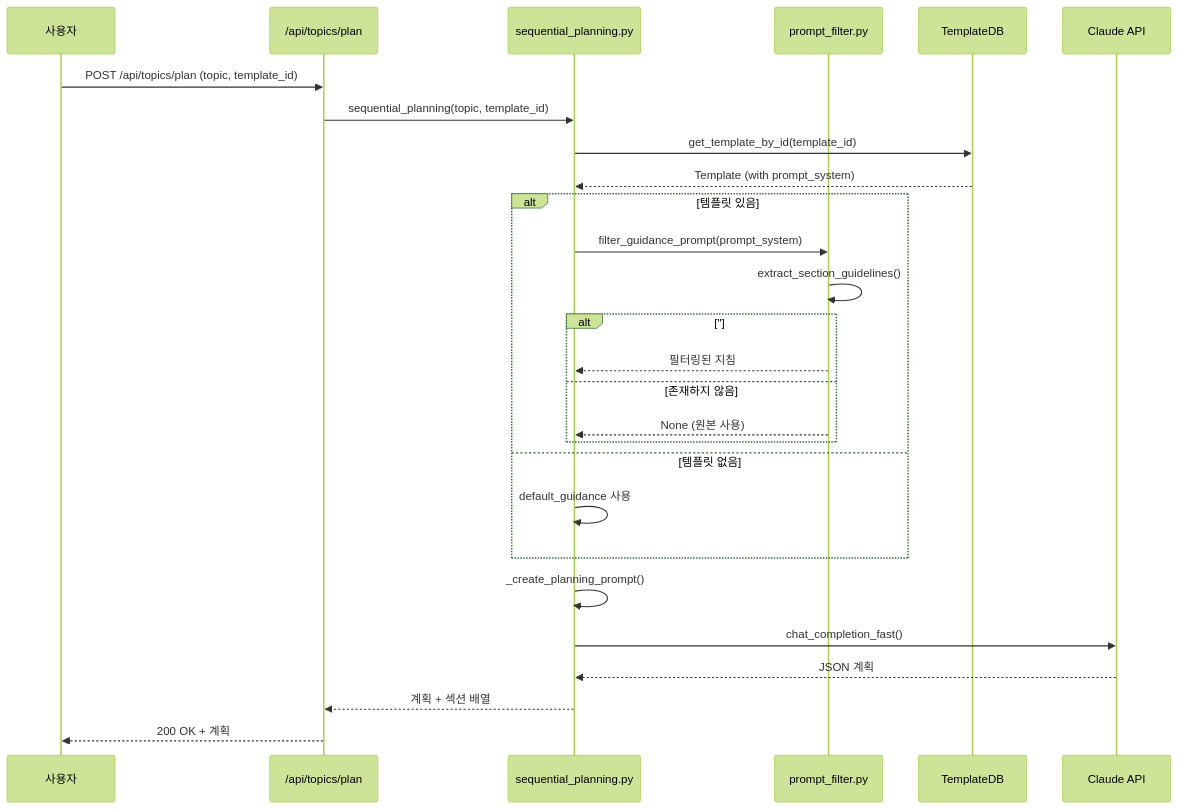
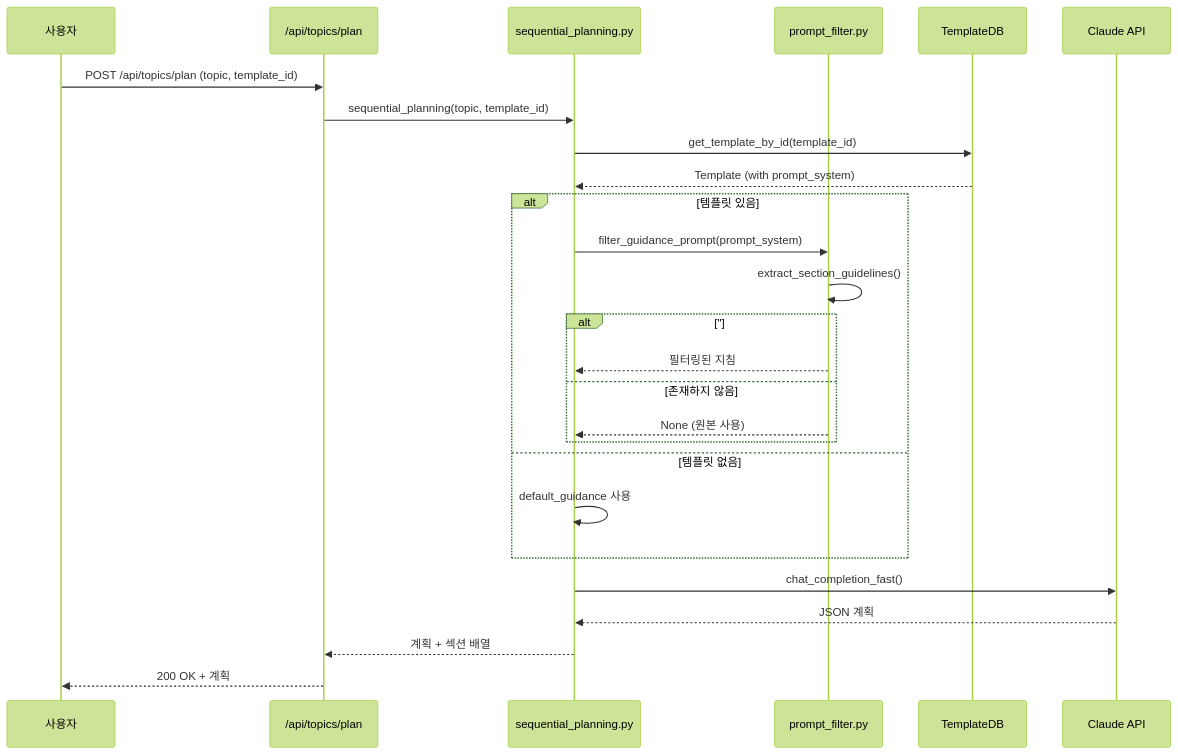
Before and after one commit to HanTJ/hwp-report-generator: the first of 2 diagrams in backend/doc/specs/20251113_prompt_filtering.md, drawn with Mermaid (forest theme). The commit also changed other lines of this file and 15 other files, not shown here.

````diff
--- a/backend/doc/specs/20251113_prompt_filtering.md
+++ b/backend/doc/specs/20251113_prompt_filtering.md
@@ -43,32 +45,30 @@
 ```mermaid
 sequenceDiagram
     participant User as 사용자
     participant API as /api/topics/plan
     participant SP as sequential_planning.py
     participant Filter as prompt_filter.py
     participant DB as TemplateDB
     participant Claude as Claude API
 
     User->>API: POST /api/topics/plan (topic, template_id)
     API->>SP: sequential_planning(topic, template_id)
     SP->>DB: get_template_by_id(template_id)
     DB-->>SP: Template (with prompt_system)
 
     alt 템플릿 있음
         SP->>Filter: filter_guidance_prompt(prompt_system)
         Filter->>Filter: extract_section_guidelines()
         alt "## 섹션별 상세 지침:" 존재
             Filter-->>SP: 필터링된 지침
         else 존재하지 않음
             Filter-->>SP: None (원본 사용)
         end
     else 템플릿 없음
         SP->>SP: default_guidance 사용
     end
-
-    SP->>SP: _create_planning_prompt()
     SP->>Claude: chat_completion_fast()
     Claude-->>SP: JSON 계획
     SP-->>API: 계획 + 섹션 배열
     API-->>User: 200 OK + 계획
 ```
````
